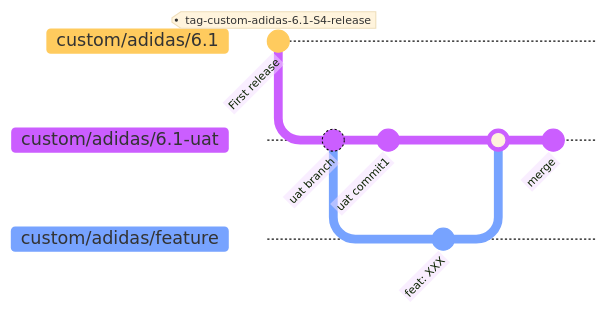
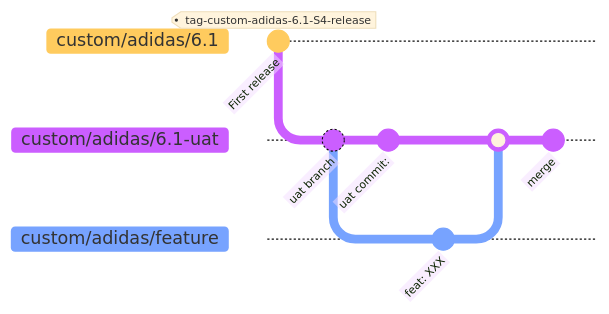
The diagram in all/未命名-1.md (lmos-w/iodraw-files), drawn with Mermaid before and after one commit.

Commit message:
2025-01-02 15:26:39 update

````diff
--- a/all/未命名-1.md
+++ b/all/未命名-1.md
@@ -1,19 +1,19 @@
 ```mermaid
 %%{init: { 'theme': 'base', 'gitGraph': {'showBranches': true, 'showCommitLabel':true,'mainBranchName': 'custom/adidas/6.1'}} }%%
       gitGraph
         commit id:"First release" tag: "tag-custom-adidas-6.1-S4-release"
         branch custom/adidas/6.1-uat
         checkout custom/adidas/6.1-uat
         commit id:"uat branch"
         branch custom/adidas/feature
         checkout custom/adidas/6.1-uat
-        commit id:"uat commit1"
+        commit id:"uat commit:"
         checkout custom/adidas/feature
         commit id:"feat: XXX"
         checkout custom/adidas/6.1-uat
         merge custom/adidas/feature
         commit id:"merge"
 
 
 
 ```
````
